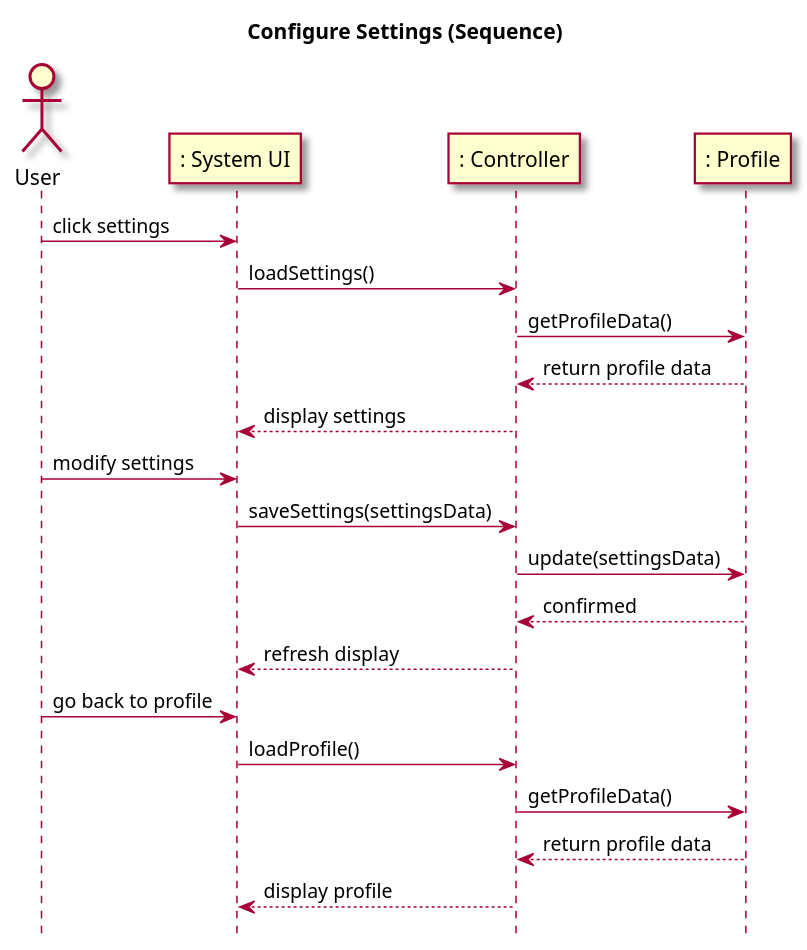
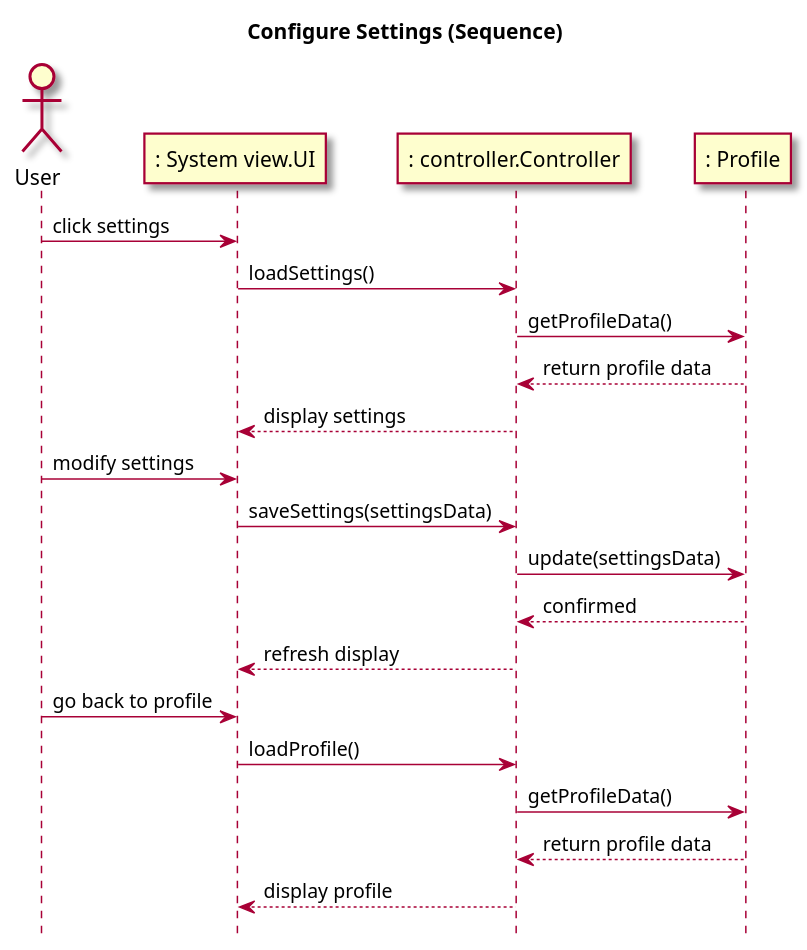
Before and after one commit to owhitleym-ui/EcoScoop: the second of 2 diagrams in intellij/doc/use-cases/configure-settings.md, drawn with PlantUML. The commit also changed 72 other files, not shown here.

Commit message:
Refactored Code to Implemented Model View Controller

````diff
--- a/intellij/doc/use-cases/configure-settings.md
+++ b/intellij/doc/use-cases/configure-settings.md
@@ -59,31 +59,31 @@
 ```plantuml
 @startuml
 skin rose
 hide footbox
 title Configure Settings (Sequence)
 
 actor User
-participant ": System UI" as UI
-participant ": Controller" as Controller
+participant ": System view.UI" as view.UI
+participant ": controller.Controller" as controller.Controller
 participant ": Profile" as Profile
 
-User -> UI : click settings
-UI -> Controller : loadSettings()
-Controller -> Profile : getProfileData()
-Profile --> Controller : return profile data
-Controller --> UI : display settings
+User -> view.UI : click settings
+view.UI -> controller.Controller : loadSettings()
+controller.Controller -> Profile : getProfileData()
+Profile --> controller.Controller : return profile data
+controller.Controller --> view.UI : display settings
 
-User -> UI : modify settings
-UI -> Controller : saveSettings(settingsData)
-Controller -> Profile : update(settingsData)
-Profile --> Controller : confirmed
-Controller --> UI : refresh display
+User -> view.UI : modify settings
+view.UI -> controller.Controller : saveSettings(settingsData)
+controller.Controller -> Profile : update(settingsData)
+Profile --> controller.Controller : confirmed
+controller.Controller --> view.UI : refresh display
 
-User -> UI : go back to profile
-UI -> Controller : loadProfile()
-Controller -> Profile : getProfileData()
-Profile --> Controller : return profile data
-Controller --> UI : display profile
+User -> view.UI : go back to profile
+view.UI -> controller.Controller : loadProfile()
+controller.Controller -> Profile : getProfileData()
+Profile --> controller.Controller : return profile data
+controller.Controller --> view.UI : display profile
 
 @enduml
 ```
````
